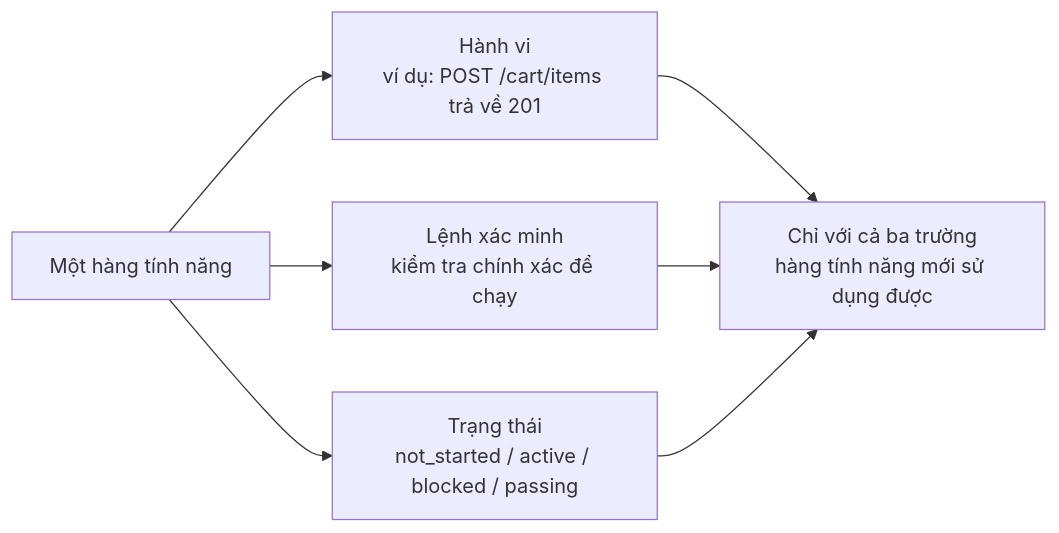
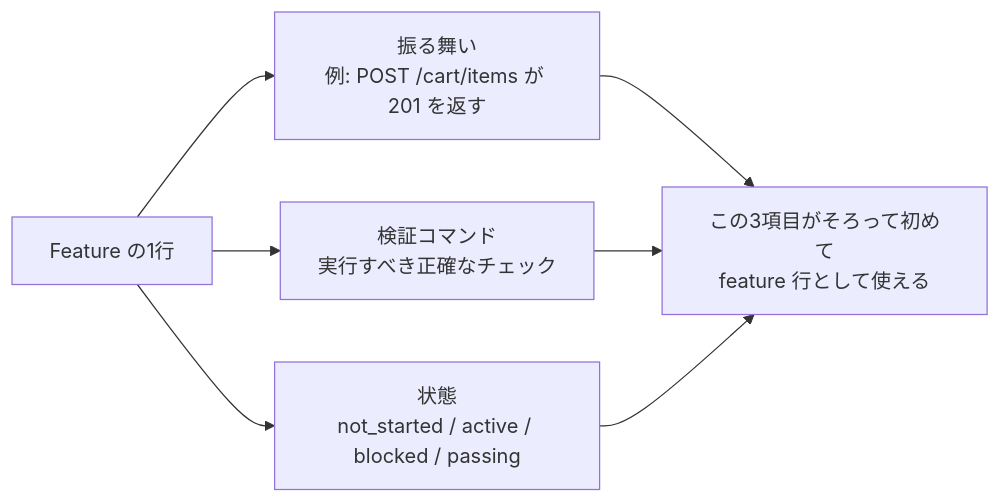
The first of 2 diagrams in docs/vi/lectures/lecture-08-why-feature-lists-are-harness-primitives/index.md (mkusaka/learn-harness-engineering), drawn with Mermaid before and after one commit. The commit also changed other lines of this file and 571 other files, not shown here.

````diff
--- a/docs/vi/lectures/lecture-08-why-feature-lists-are-harness-primitives/index.md
+++ b/docs/vi/lectures/lecture-08-why-feature-lists-are-harness-primitives/index.md
@@ -29,10 +29,10 @@
 ```mermaid
 flowchart LR
-    Feature["Một hàng tính năng"] --> Behavior["Hành vi<br/>ví dụ: POST /cart/items trả về 201"]
-    Feature --> Check["Lệnh xác minh<br/>kiểm tra chính xác để chạy"]
-    Feature --> State["Trạng thái<br/>not_started / active / blocked / passing"]
+    Feature["Feature の1行"] --> Behavior["振る舞い<br/>例: POST /cart/items が 201 を返す"]
+    Feature --> Check["検証コマンド<br/>実行すべき正確なチェック"]
+    Feature --> State["状態<br/>not_started / active / blocked / passing"]
 
-    Behavior --> Complete["Chỉ với cả ba trường<br/>hàng tính năng mới sử dụng được"]
+    Behavior --> Complete["この3項目がそろって初めて<br/>feature 行として使える"]
     Check --> Complete
     State --> Complete
 ```
````
